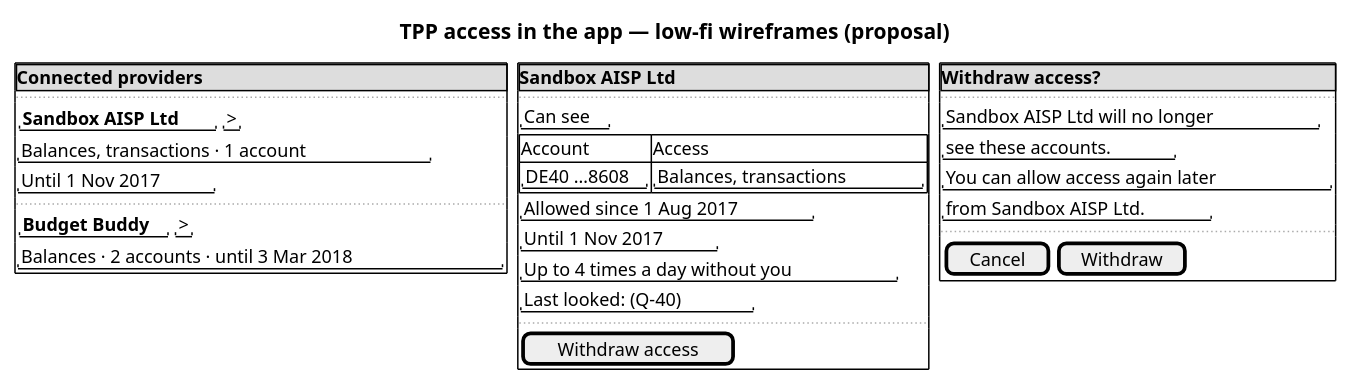
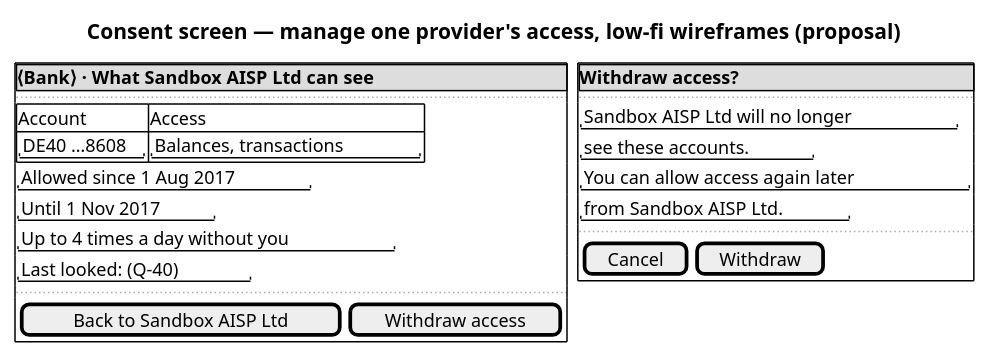
Before and after one commit to vondacho/psd2-sandbox: the diagram in docs/system/uml/ux/wf-tpp-access.puml, drawn with PlantUML. The commit also changed 32 other files, not shown here.

First line of the commit message:
Realign proposal with ADR revision: consent screen, app as last factor

```diff
--- a/docs/system/uml/ux/wf-tpp-access.puml
+++ b/docs/system/uml/ux/wf-tpp-access.puml
@@ -1,40 +1,31 @@
 @startsalt wf-tpp-access
-' Low-fi wireframes — SCR-APP-TPP-ACCESS-LIST, SCR-APP-TPP-ACCESS-DETAIL, SCR-APP-REVOKE-CONFIRM,
-' all fed by RM-PSU-TPP-ACCESS. PROPOSAL, AI, 2026-09-19. Copy is placeholder.
-title TPP access in the app — low-fi wireframes (proposal)
+' Low-fi wireframes — SCR-CONSENT-MANAGE and SCR-CONSENT-REVOKE-CONFIRM (web consent screen), fed by
+' RM-PSU-TPP-ACCESS. PROPOSAL, AI, 2026-09-19. Iteration 3 (SRC-ADR 87c72b8): one TPP's access on
+' the consent screen, replacing the in-app list/detail/confirm. Copy is placeholder.
+title Consent screen — manage one provider's access, low-fi wireframes (proposal)
 {
   {+
-    {* <b>Connected providers</b> }
+    {* <b>⟨Bank⟩ · What Sandbox AISP Ltd can see</b> }
     ..
-    { "<b>Sandbox AISP Ltd</b>" | ">" }
-    "Balances, transactions · 1 account"
-    "Until 1 Nov 2017"
-    ..
-    { "<b>Budget Buddy</b>" | ">" }
-    "Balances · 2 accounts · until 3 Mar 2018"
-  } | . | {+
-    {* <b>Sandbox AISP Ltd</b> }
-    ..
-    "Can see"
     {#
       Account | Access
       "DE40 …8608" | "Balances, transactions"
     }
     "Allowed since 1 Aug 2017"
     "Until 1 Nov 2017"
     "Up to 4 times a day without you"
     "Last looked: (Q-40)"
     ..
-    [ Withdraw access ]
+    { [ Back to Sandbox AISP Ltd ] | [ Withdraw access ] }
   } | . | {+
     {* <b>Withdraw access?</b> }
     ..
     "Sandbox AISP Ltd will no longer"
     "see these accounts."
     "You can allow access again later"
     "from Sandbox AISP Ltd."
     ..
     { [ Cancel ] | [ Withdraw ] }
   }
 }
 @endsalt
```
